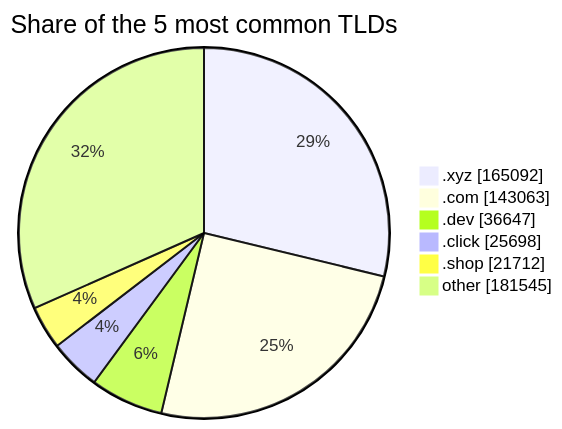
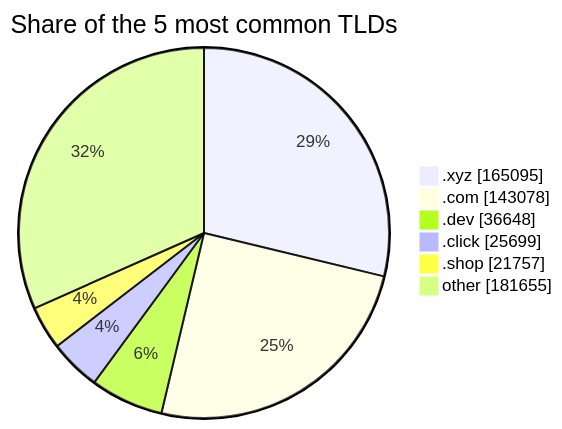
One commit to DNSBunker/CTI changed the third of 3 diagrams in README.md. Above: the diagram before and after it, drawn with Mermaid. The commit also changed other lines of this file and 3 other files, not shown here.

````diff
--- a/README.md
+++ b/README.md
@@ -81,9 +81,9 @@
 ```mermaid
 pie showData title Share of the 5 most common TLDs
-    ".xyz" : 165092
-    ".com" : 143063
-    ".dev" : 36647
-    ".click" : 25698
-    ".shop" : 21712
-    "other" : 181545
+    ".xyz" : 165095
+    ".com" : 143078
+    ".dev" : 36648
+    ".click" : 25699
+    ".shop" : 21757
+    "other" : 181655
 ```
````
